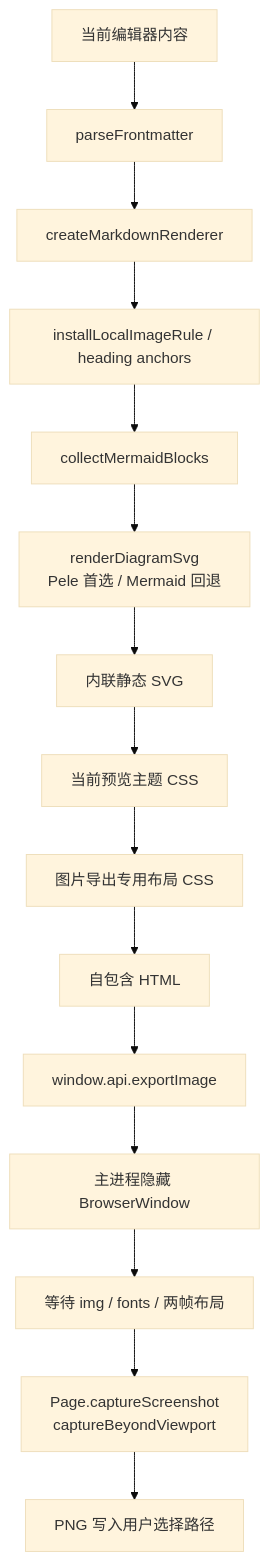
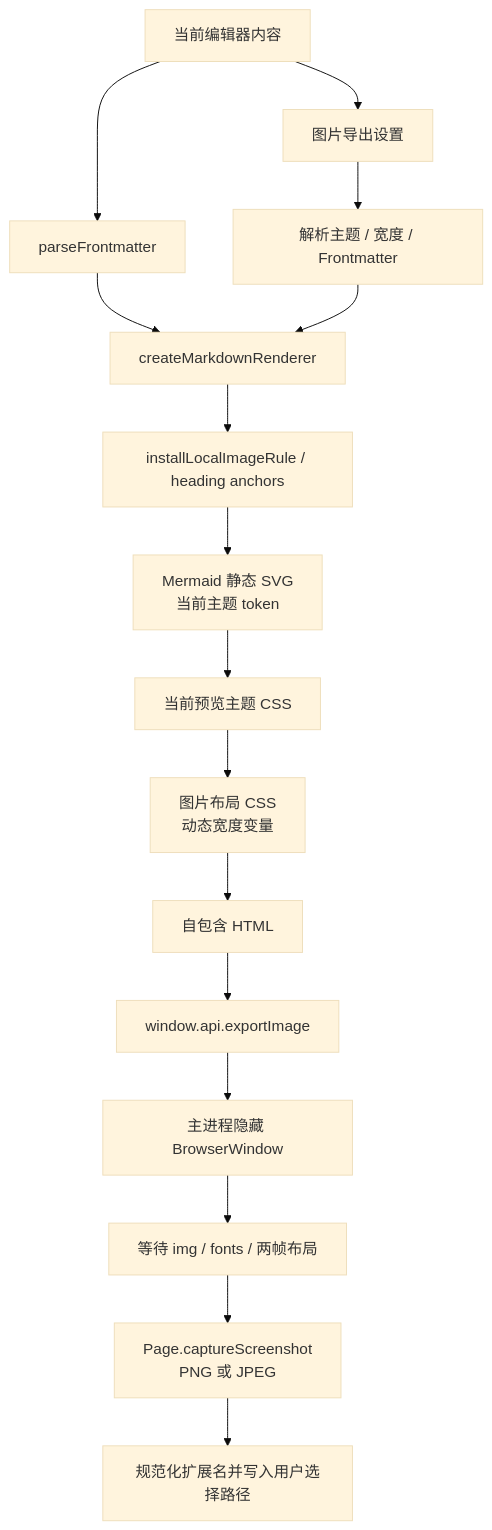
Before and after one commit to Harley-xk/mark-it: the diagram in docs/图片导出.md, drawn with Mermaid (base theme). The commit also changed other lines of this file and 28 other files, not shown here.

Commit message:
feat(export): 增加长图导出设置与 JPEG 输出

````diff
--- a/docs/图片导出.md
+++ b/docs/图片导出.md
@@ -52,17 +114,18 @@
 ```mermaid
 flowchart TD
   A["当前编辑器内容"] --> B["parseFrontmatter"]
-  B --> C["createMarkdownRenderer"]
-  C --> D["installLocalImageRule / heading anchors"]
-  D --> E["collectMermaidBlocks"]
-  E --> F["renderDiagramSvg<br/>Pele 首选 / Mermaid 回退"]
-  F --> G["内联静态 SVG"]
+  A --> C["图片导出设置"]
+  C --> D["解析主题 / 宽度 / Frontmatter"]
+  B --> E["createMarkdownRenderer"]
+  D --> E
+  E --> F["installLocalImageRule / heading anchors"]
+  F --> G["Mermaid 静态 SVG<br/>当前主题 token"]
   G --> H["当前预览主题 CSS"]
-  H --> I["图片导出专用布局 CSS"]
+  H --> I["图片布局 CSS<br/>动态宽度变量"]
   I --> J["自包含 HTML"]
   J --> K["window.api.exportImage"]
   K --> L["主进程隐藏 BrowserWindow"]
   L --> M["等待 img / fonts / 两帧布局"]
-  M --> N["Page.captureScreenshot<br/>captureBeyondViewport"]
-  N --> O["PNG 写入用户选择路径"]
+  M --> N["Page.captureScreenshot<br/>PNG 或 JPEG"]
+  N --> O["规范化扩展名并写入用户选择路径"]
 ```
````
